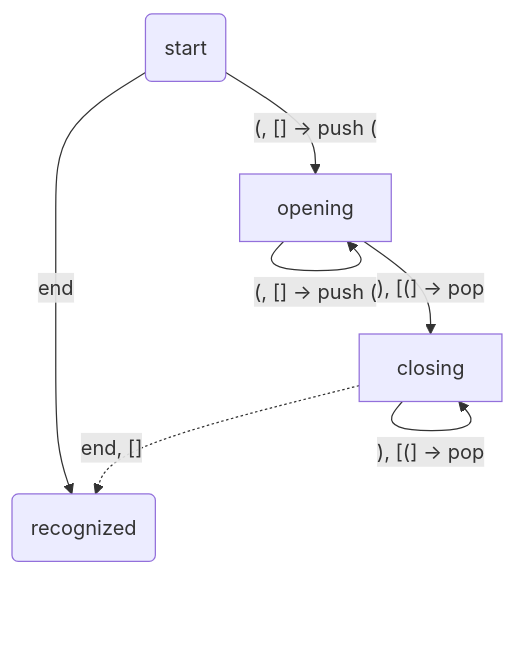
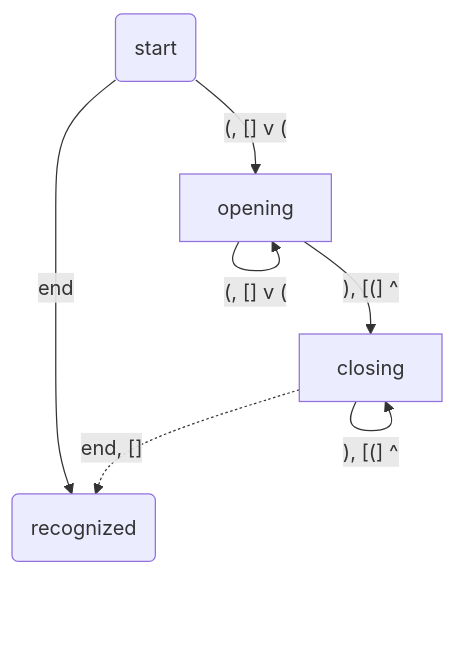
Before and after one commit to raganwald/raganwald.github.com: the fourth of 5 diagrams in _posts/2019-02-14-i-love-programming-and-programmers.md, drawn with Mermaid. The commit also changed other lines of this file, not shown here.

```diff
--- a/_posts/2019-02-14-i-love-programming-and-programmers.md
+++ b/_posts/2019-02-14-i-love-programming-and-programmers.md
@@ -684,14 +684,14 @@
 <div class="mermaid">
   graph TD
     start(start)-->|end|recognized(recognized)
 
-    start-->|"(, [] -> push ("|opening
+    start-->|"(, [] v ("|opening
 
-    opening-->|"(, [] -> push ("|opening
+    opening-->|"(, [] v ("|opening
 
-    opening-->|"), [(] -> pop"|closing
+    opening-->|"), [(] ^"|closing
 
-    closing-->|"), [(] -> pop"|closing
+    closing-->|"), [(] ^"|closing
 
     closing-.->|"end, []"|recognized
 </div>
```
